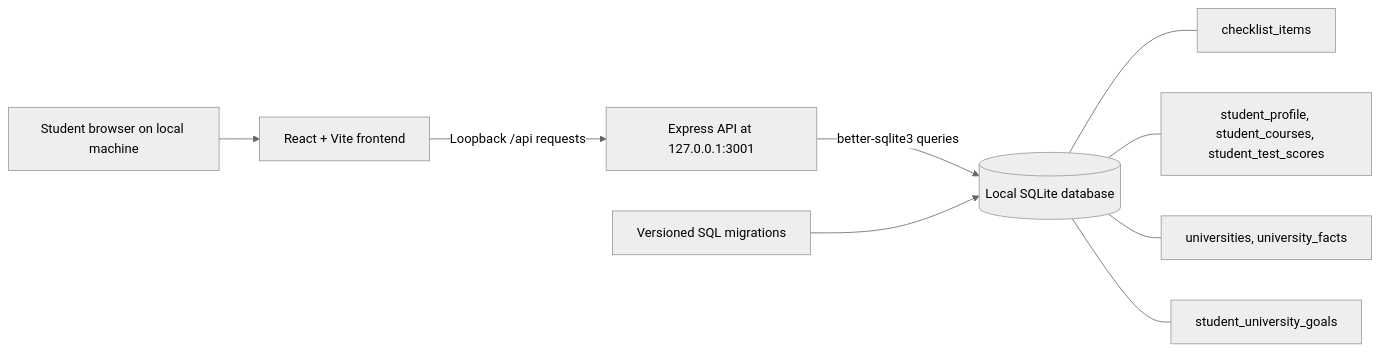
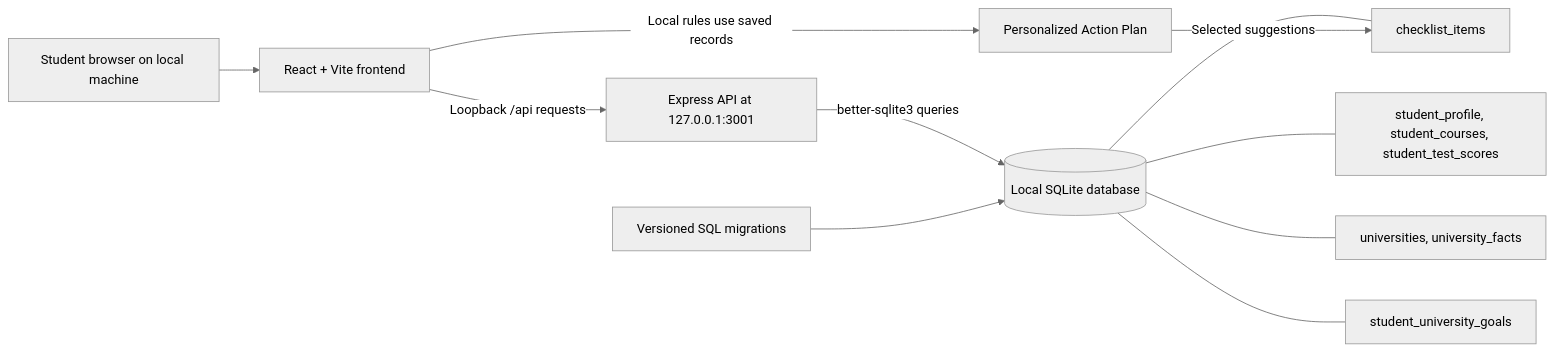
Before and after one commit to 301-burak/CollegePath: the diagram in README.md, drawn with Mermaid (neutral theme). The commit also changed other lines of this file and 9 other files, not shown here.

Commit message:
WIP: CollegePath Phase 5 Action Plan

````diff
--- a/README.md
+++ b/README.md
@@ -35,11 +37,13 @@
 ```mermaid
 flowchart LR
     Student[Student browser on local machine] --> React[React + Vite frontend]
     React -->|Loopback /api requests| Express[Express API at 127.0.0.1:3001]
     Express -->|better-sqlite3 queries| SQLite[(Local SQLite database)]
     Migrations[Versioned SQL migrations] --> SQLite
     SQLite --- Checklist[checklist_items]
     SQLite --- Academic[student_profile, student_courses, student_test_scores]
     SQLite --- UniversityCatalog[universities, university_facts]
     SQLite --- UniversityGoals[student_university_goals]
+    React -->|Local rules use saved records| ActionPlan[Personalized Action Plan]
+    ActionPlan -->|Selected suggestions| Checklist
 ```
````
